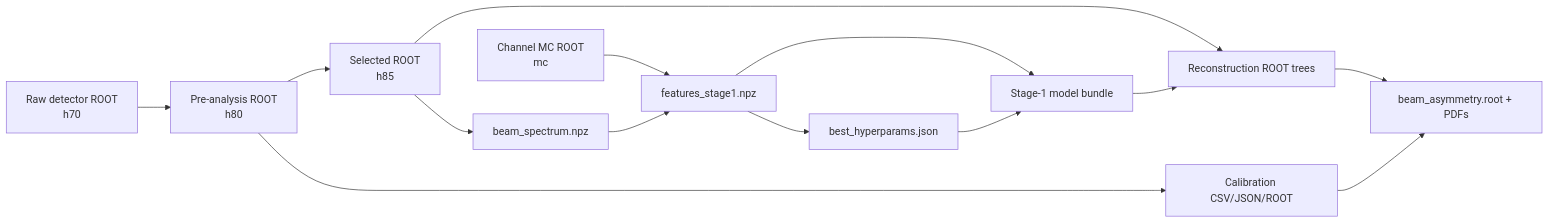
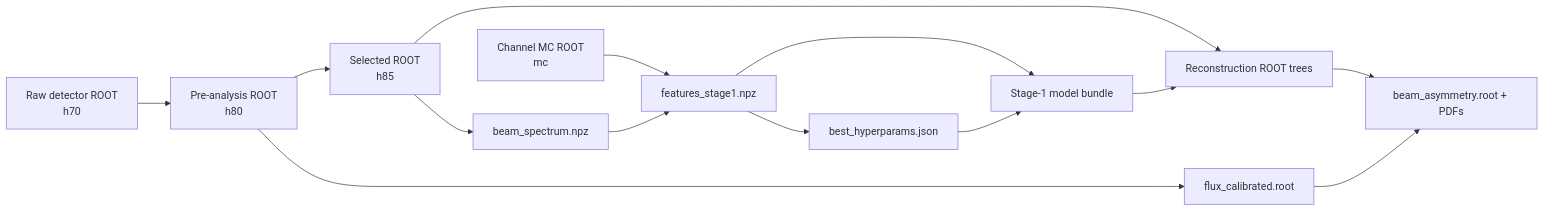
One commit to AntoninoFulci/GRAAL_Analysis changed the diagram in wiki/data-and-artifacts.md. Above: the diagram before and after it, drawn with Mermaid. The commit also changed other lines of this file and 60 other files, not shown here.

First line of the commit message:
Add comprehensive tests for beam asymmetry, figure comparisons, and photon flux

````diff
--- a/wiki/data-and-artifacts.md
+++ b/wiki/data-and-artifacts.md
@@ -11,16 +11,16 @@
 ```mermaid
 flowchart LR
     RAW["Raw detector ROOT<br/>h70"] --> H80["Pre-analysis ROOT<br/>h80"]
     H80 --> H85["Selected ROOT<br/>h85"]
-    H80 --> CAL["Calibration CSV/JSON/ROOT"]
+    H80 --> CAL["flux_calibrated.root"]
     H85 --> BS["beam_spectrum.npz"]
     MC["Channel MC ROOT<br/>mc"] --> DS["features_stage1.npz"]
     BS --> DS
     DS --> HP["best_hyperparams.json"]
     DS --> MB["Stage-1 model bundle"]
     HP --> MB
     H85 --> RECO["Reconstruction ROOT trees"]
     MB --> RECO
     RECO --> OBS["beam_asymmetry.root + PDFs"]
     CAL --> OBS
 ```
````
